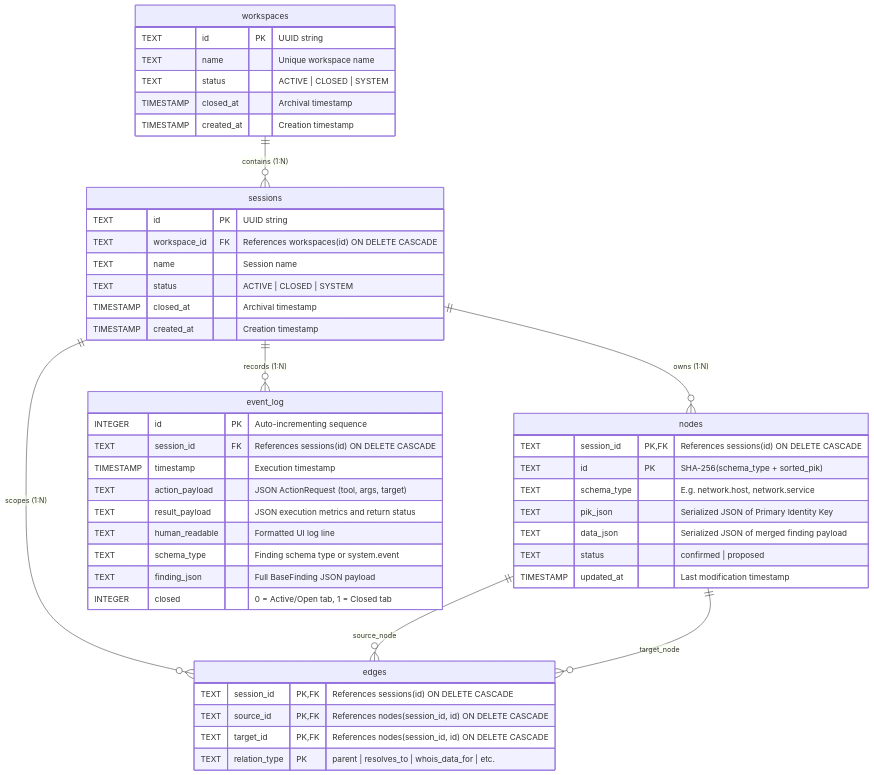
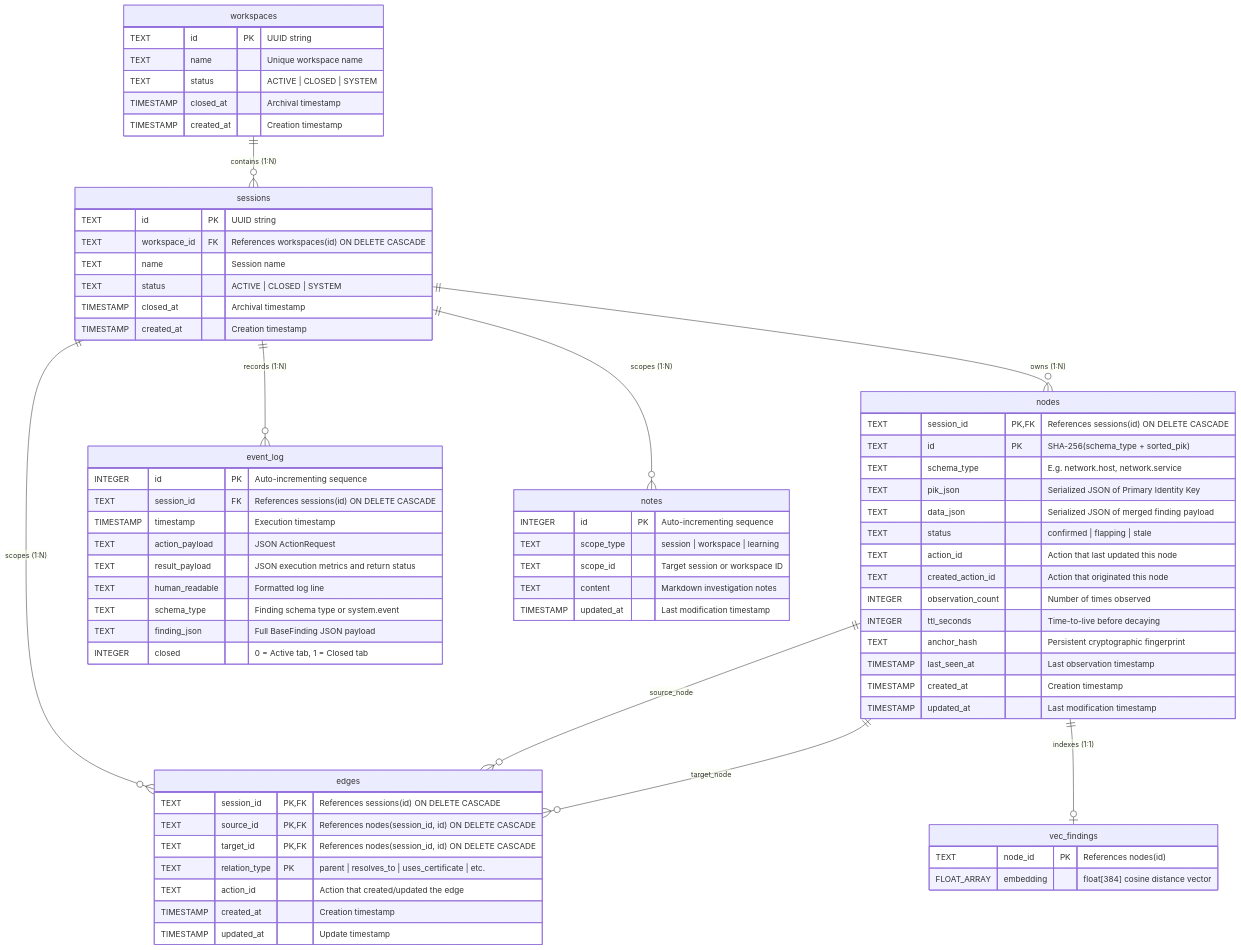
One commit to h45sh/ether changed the diagram in docs/explanation/database.md. Above: the diagram before and after it, drawn with Mermaid. The commit also changed other lines of this file and 6 other files, not shown here.

Commit message:
docs: exhaustively update architecture, database, CLI, contributing, and standards documentation

````diff
--- a/docs/explanation/database.md
+++ b/docs/explanation/database.md
@@ -72,55 +66,80 @@
 ```mermaid
 erDiagram
- workspaces ||--o{ sessions : "contains (1:N)"
- sessions ||--o{ nodes : "owns (1:N)"
- sessions ||--o{ edges : "scopes (1:N)"
- sessions ||--o{ event_log : "records (1:N)"
- nodes ||--o{ edges : "source_node"
- nodes ||--o{ edges : "target_node"
+    workspaces ||--o{ sessions : "contains (1:N)"
+    sessions ||--o{ nodes : "owns (1:N)"
+    sessions ||--o{ edges : "scopes (1:N)"
+    sessions ||--o{ event_log : "records (1:N)"
+    sessions ||--o{ notes : "scopes (1:N)"
+    nodes ||--o{ edges : "source_node"
+    nodes ||--o{ edges : "target_node"
+    nodes ||--o| vec_findings : "indexes (1:1)"
 
- workspaces {
- TEXT id PK "UUID string"
- TEXT name "Unique workspace name"
- TEXT status "ACTIVE | CLOSED | SYSTEM"
- TIMESTAMP closed_at "Archival timestamp"
- TIMESTAMP created_at "Creation timestamp"
- }
+    workspaces {
+        TEXT id PK "UUID string"
+        TEXT name "Unique workspace name"
+        TEXT status "ACTIVE | CLOSED | SYSTEM"
+        TIMESTAMP closed_at "Archival timestamp"
+        TIMESTAMP created_at "Creation timestamp"
+    }
 
- sessions {
- TEXT id PK "UUID string"
- TEXT workspace_id FK "References workspaces(id) ON DELETE CASCADE"
- TEXT name "Session name"
- TEXT status "ACTIVE | CLOSED | SYSTEM"
- TIMESTAMP closed_at "Archival timestamp"
- TIMESTAMP created_at "Creation timestamp"
- }
+    sessions {
+        TEXT id PK "UUID string"
+        TEXT workspace_id FK "References workspaces(id) ON DELETE CASCADE"
+        TEXT name "Session name"
+        TEXT status "ACTIVE | CLOSED | SYSTEM"
+        TIMESTAMP closed_at "Archival timestamp"
+        TIMESTAMP created_at "Creation timestamp"
+    }
 
- nodes {
- TEXT session_id PK,FK "References sessions(id) ON DELETE CASCADE"
- TEXT id PK "SHA-256(schema_type + sorted_pik)"
- TEXT schema_type "E.g. network.host, network.service"
- TEXT pik_json "Serialized JSON of Primary Identity Key"
- TEXT data_json "Serialized JSON of merged finding payload"
- TEXT status "confirmed | proposed"
- TIMESTAMP updated_at "Last modification timestamp"
- }
+    nodes {
+        TEXT session_id PK,FK "References sessions(id) ON DELETE CASCADE"
+        TEXT id PK "SHA-256(schema_type + sorted_pik)"
+        TEXT schema_type "E.g. network.host, network.service"
+        TEXT pik_json "Serialized JSON of Primary Identity Key"
+        TEXT data_json "Serialized JSON of merged finding payload"
+        TEXT status "confirmed | flapping | stale"
+        TEXT action_id "Action that last updated this node"
+        TEXT created_action_id "Action that originated this node"
+        INTEGER observation_count "Number of times observed"
+        INTEGER ttl_seconds "Time-to-live before decaying"
+        TEXT anchor_hash "Persistent cryptographic fingerprint"
+        TIMESTAMP last_seen_at "Last observation timestamp"
+        TIMESTAMP created_at "Creation timestamp"
+        TIMESTAMP updated_at "Last modification timestamp"
+    }
 
- edges {
- TEXT session_id PK,FK "References sessions(id) ON DELETE CASCADE"
- TEXT source_id PK,FK "References nodes(session_id, id) ON DELETE CASCADE"
- TEXT target_id PK,FK "References nodes(session_id, id) ON DELETE CASCADE"
- TEXT relation_type PK "parent | resolves_to | whois_data_for | etc."
- }
+    edges {
+        TEXT session_id PK,FK "References sessions(id) ON DELETE CASCADE"
+        TEXT source_id PK,FK "References nodes(session_id, id) ON DELETE CASCADE"
+        TEXT target_id PK,FK "References nodes(session_id, id) ON DELETE CASCADE"
+        TEXT relation_type PK "parent | resolves_to | uses_certificate | etc."
+        TEXT action_id "Action that created/updated the edge"
+        TIMESTAMP created_at "Creation timestamp"
+        TIMESTAMP updated_at "Update timestamp"
+    }
 
- event_log {
- INTEGER id PK "Auto-incrementing sequence"
- TEXT session_id FK "References sessions(id) ON DELETE CASCADE"
- TIMESTAMP timestamp "Execution timestamp"
- TEXT action_payload "JSON ActionRequest (tool, args, target)"
- TEXT result_payload "JSON execution metrics and return status"
- TEXT human_readable "Formatted UI log line"
- TEXT schema_type "Finding schema type or system.event"
- TEXT finding_json "Full BaseFinding JSON payload"
- INTEGER closed "0 = Active/Open tab, 1 = Closed tab"
- }
+    event_log {
+        INTEGER id PK "Auto-incrementing sequence"
+        TEXT session_id FK "References sessions(id) ON DELETE CASCADE"
+        TIMESTAMP timestamp "Execution timestamp"
+        TEXT action_payload "JSON ActionRequest"
+        TEXT result_payload "JSON execution metrics and return status"
+        TEXT human_readable "Formatted log line"
+        TEXT schema_type "Finding schema type or system.event"
+        TEXT finding_json "Full BaseFinding JSON payload"
+        INTEGER closed "0 = Active tab, 1 = Closed tab"
+    }
+
+    notes {
+        INTEGER id PK "Auto-incrementing sequence"
+        TEXT scope_type "session | workspace | learning"
+        TEXT scope_id "Target session or workspace ID"
+        TEXT content "Markdown investigation notes"
+        TIMESTAMP updated_at "Last modification timestamp"
+    }
+
+    vec_findings {
+        TEXT node_id PK "References nodes(id)"
+        FLOAT_ARRAY embedding "float[384] cosine distance vector"
+    }
 ```
````
